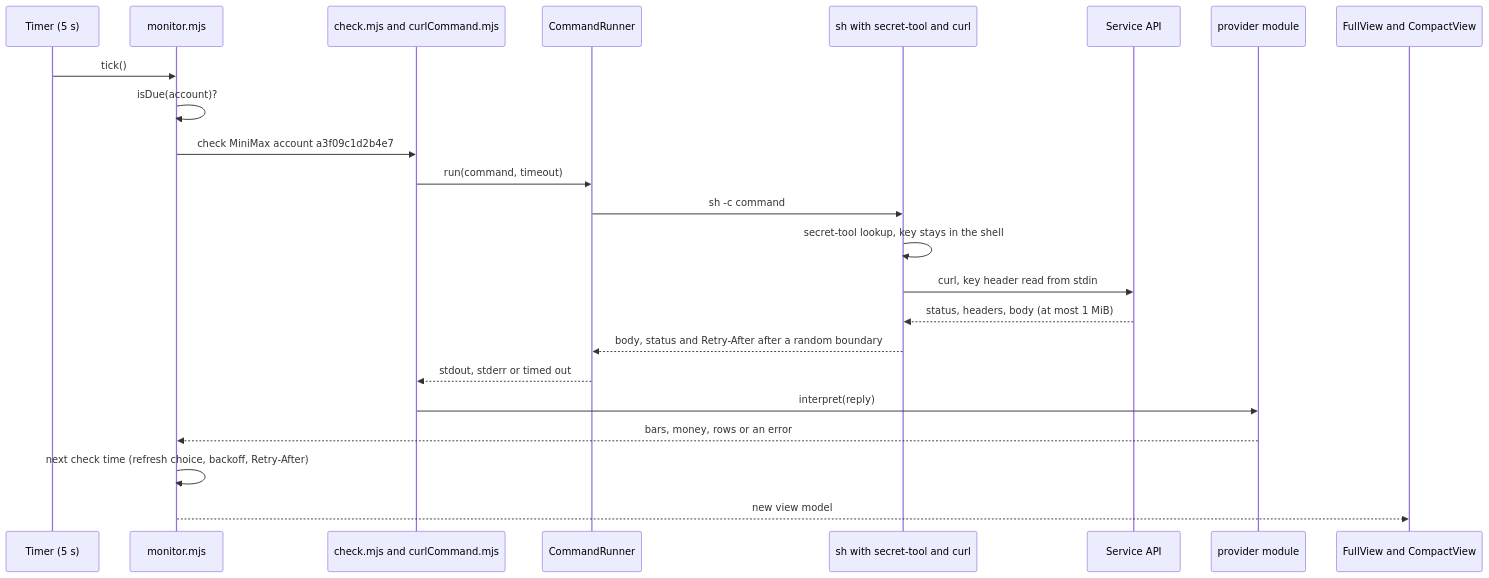
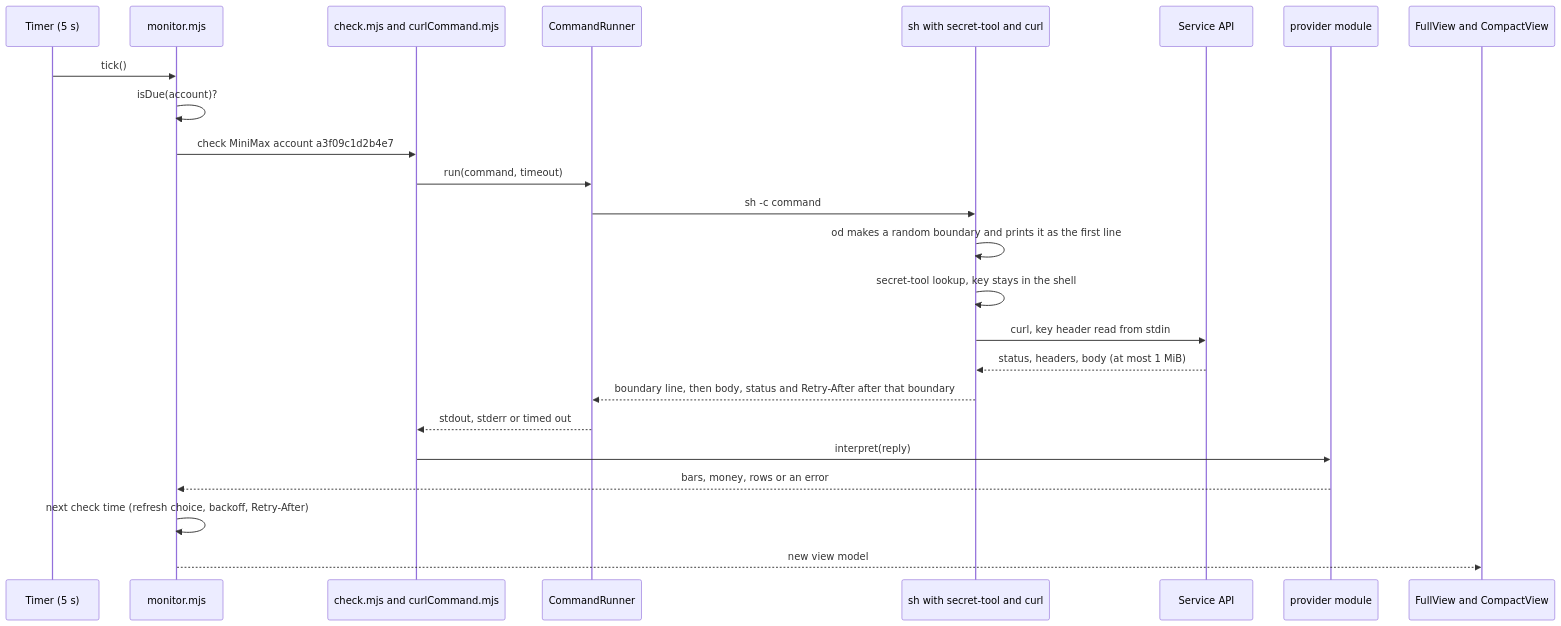
Before and after one commit to Lukk17/ai-usage-widget: the second of 2 diagrams in README.md, drawn with Mermaid. The commit also changed other lines of this file and 25 other files, not shown here.

First line of the commit message:
Keep the check command text the same on every check

````diff
--- a/README.md
+++ b/README.md
@@ -139,27 +139,28 @@
 ```mermaid
 sequenceDiagram
   accTitle: One check of one account
-  accDescr: The timer ticks, the monitor finds the account due, the check builds one shell command, the executable engine runs it, secret-tool hands the key to curl on stdin, curl calls the service over HTTPS, the provider module reads the answer, and the cards are rebuilt.
+  accDescr: The timer ticks, the monitor finds the account due, the check builds one shell command that is the same on every check of that account, the executable engine runs it, the shell makes a random boundary, secret-tool hands the key to curl on stdin, curl calls the service over HTTPS, the provider module reads the answer, and the cards are rebuilt.
   participant T as Timer (5 s)
   participant M as monitor.mjs
   participant C as check.mjs and curlCommand.mjs
   participant R as CommandRunner
   participant S as sh with secret-tool and curl
   participant A as Service API
   participant P as provider module
   participant V as FullView and CompactView
   T->>M: tick()
   M->>M: isDue(account)?
   M->>C: check MiniMax account a3f09c1d2b4e7
   C->>R: run(command, timeout)
   R->>S: sh -c command
+  S->>S: od makes a random boundary and prints it as the first line
   S->>S: secret-tool lookup, key stays in the shell
   S->>A: curl, key header read from stdin
   A-->>S: status, headers, body (at most 1 MiB)
-  S-->>R: body, status and Retry-After after a random boundary
+  S-->>R: boundary line, then body, status and Retry-After after that boundary
   R-->>C: stdout, stderr or timed out
   C->>P: interpret(reply)
   P-->>M: bars, money, rows or an error
   M->>M: next check time (refresh choice, backoff, Retry-After)
   M-->>V: new view model
 ```
````
